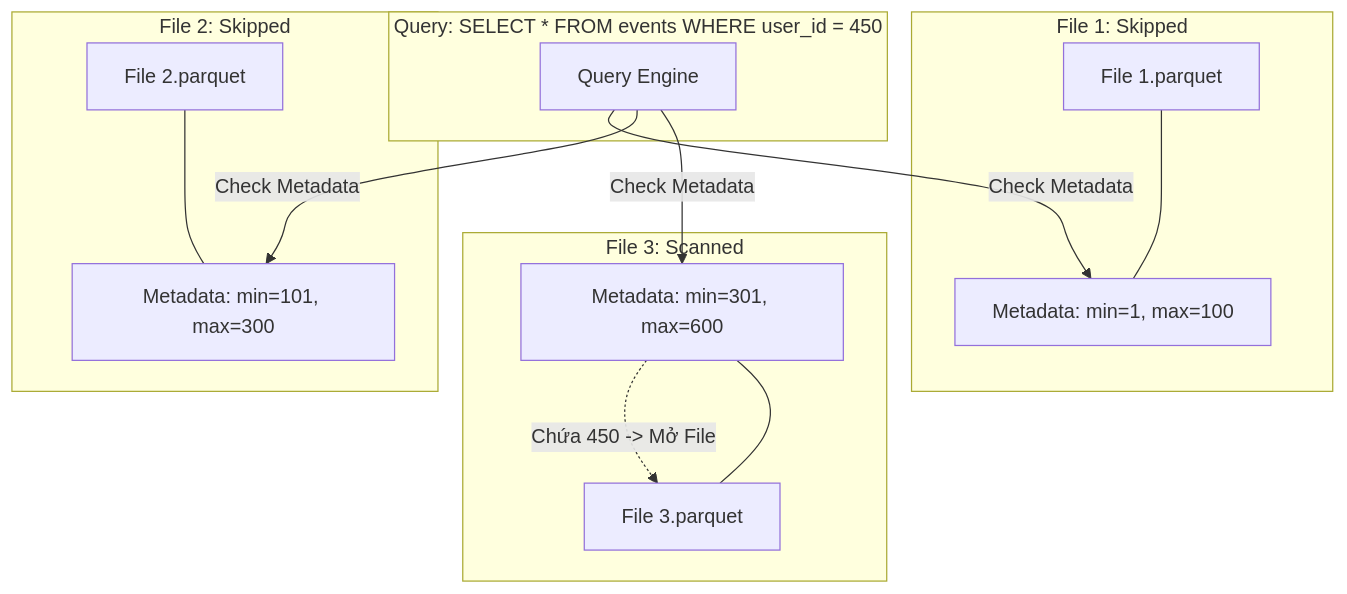
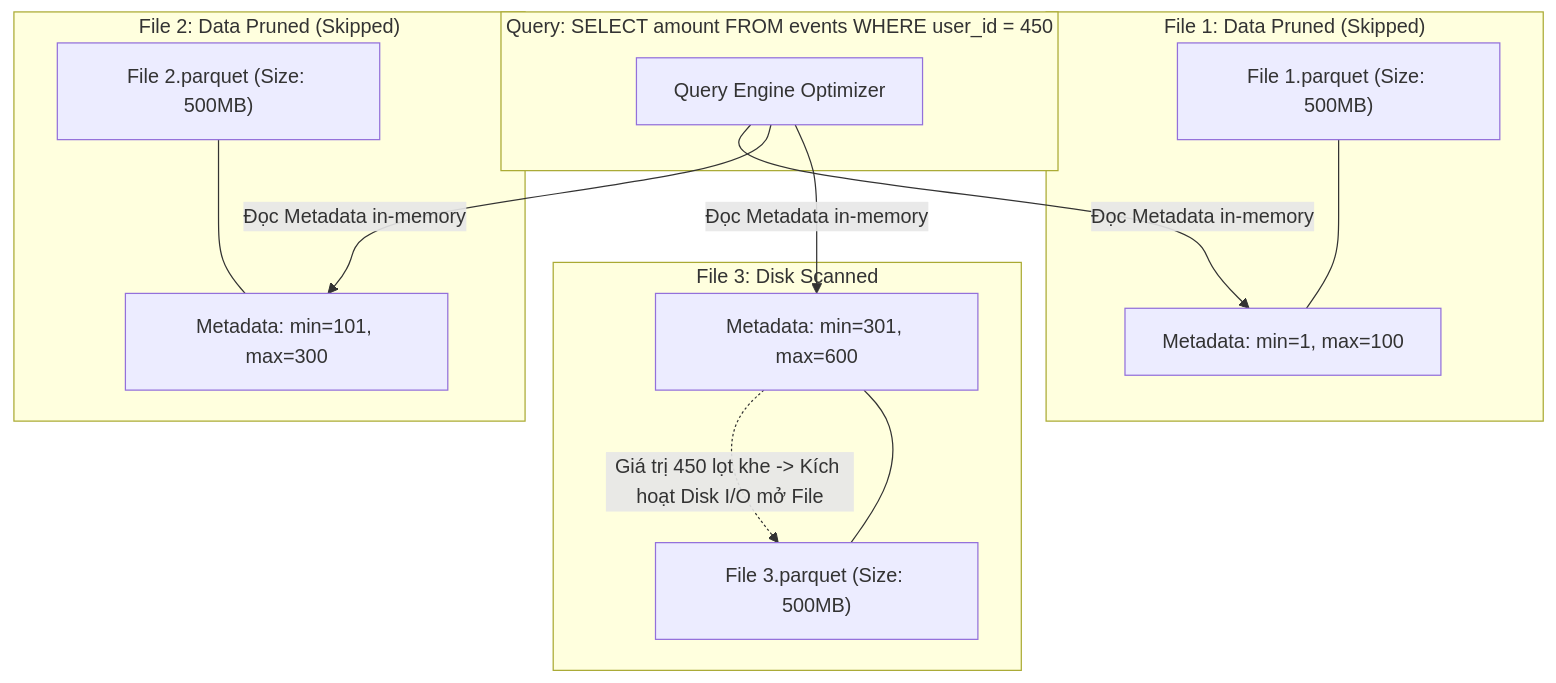
One commit to kythuatdulieu/kythuatdulieu.github.io changed the first of 2 diagrams in src/content/docs/concepts/3-storage-engines-formats/clustering.md. Above: the diagram before and after it, drawn with Mermaid. The commit also changed other lines of this file and 213 other files, not shown here.

Commit message:
Fix syntax and rewrite 200+ concepts docs to deep-dive system architecture and add GA4 tracking to quiz app

````diff
--- a/src/content/docs/concepts/3-storage-engines-formats/clustering.md
+++ b/src/content/docs/concepts/3-storage-engines-formats/clustering.md
@@ -26,29 +26,29 @@
 ```mermaid
 graph TD
-    subgraph "Query: SELECT * FROM events WHERE user_id = 450"
-        Q["Query Engine"]
+    subgraph "Query: SELECT amount FROM events WHERE user_id = 450"
+        Q["Query Engine Optimizer"]
     end
 
-    subgraph "File 1: Skipped"
-        F1["File 1.parquet"]
+    subgraph "File 1: Data Pruned (Skipped)"
+        F1["File 1.parquet (Size: 500MB)"]
         M1["Metadata: min=1, max=100"]
         F1 --- M1
     end
 
-    subgraph "File 2: Skipped"
-        F2["File 2.parquet"]
+    subgraph "File 2: Data Pruned (Skipped)"
+        F2["File 2.parquet (Size: 500MB)"]
         M2["Metadata: min=101, max=300"]
         F2 --- M2
     end
 
-    subgraph "File 3: Scanned"
-        F3["File 3.parquet"]
+    subgraph "File 3: Disk Scanned"
+        F3["File 3.parquet (Size: 500MB)"]
         M3["Metadata: min=301, max=600"]
         F3 --- M3
     end
 
-    Q -->|Check Metadata| M1
-    Q -->|Check Metadata| M2
-    Q -->|Check Metadata| M3
-    M3 -.->|Chứa 450 -> Mở File| F3
+    Q -->|Đọc Metadata in-memory| M1
+    Q -->|Đọc Metadata in-memory| M2
+    Q -->|Đọc Metadata in-memory| M3
+    M3 -.->|Giá trị 450 lọt khe -> Kích hoạt Disk I/O mở File| F3
 ```
````
